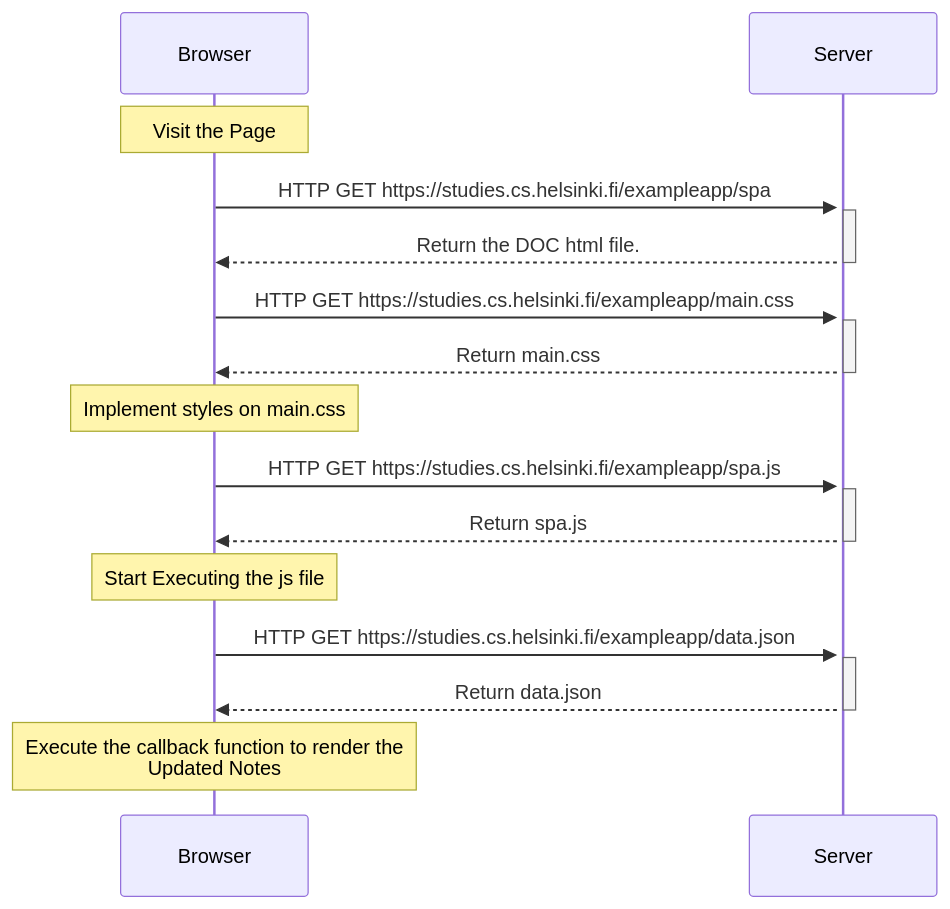
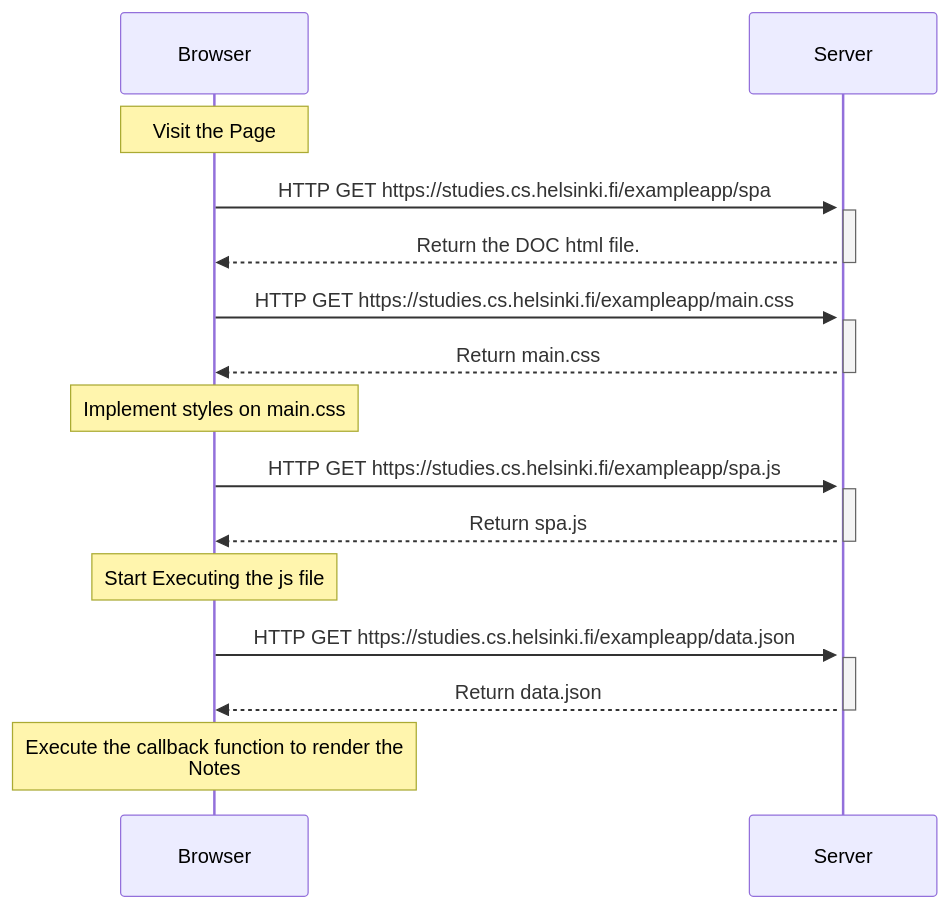
Before and after one commit to nimbly-dev/fso-part00: the second of 3 diagrams in README.md, drawn with Mermaid.

````diff
--- a/README.md
+++ b/README.md
@@ -45,32 +45,32 @@
 ```mermaid
 sequenceDiagram
     participant Browser
     participant Server
 
     Note over Browser: Visit the Page
     Browser->>+Server: HTTP GET https://studies.cs.helsinki.fi/exampleapp/spa
     activate Server
     Server-->>Browser: Return the DOC html file.
     deactivate Server
 
     Browser->>Server: HTTP GET https://studies.cs.helsinki.fi/exampleapp/main.css
     activate Server
     Server-->>Browser: Return main.css
     deactivate Server
 
     Note over Browser: Implement styles on main.css
 
     Browser->>Server: HTTP GET https://studies.cs.helsinki.fi/exampleapp/spa.js
     activate Server
     Server-->>Browser: Return spa.js
     deactivate Server
 
     Note over Browser: Start Executing the js file
 
     Browser->>Server: HTTP GET https://studies.cs.helsinki.fi/exampleapp/data.json
     activate Server
     Server-->>Browser: Return data.json
     deactivate Server
 
-    Note over Browser: Execute the callback function to render the <br> Updated Notes
+    Note over Browser: Execute the callback function to render the <br> Notes
 ```
````
